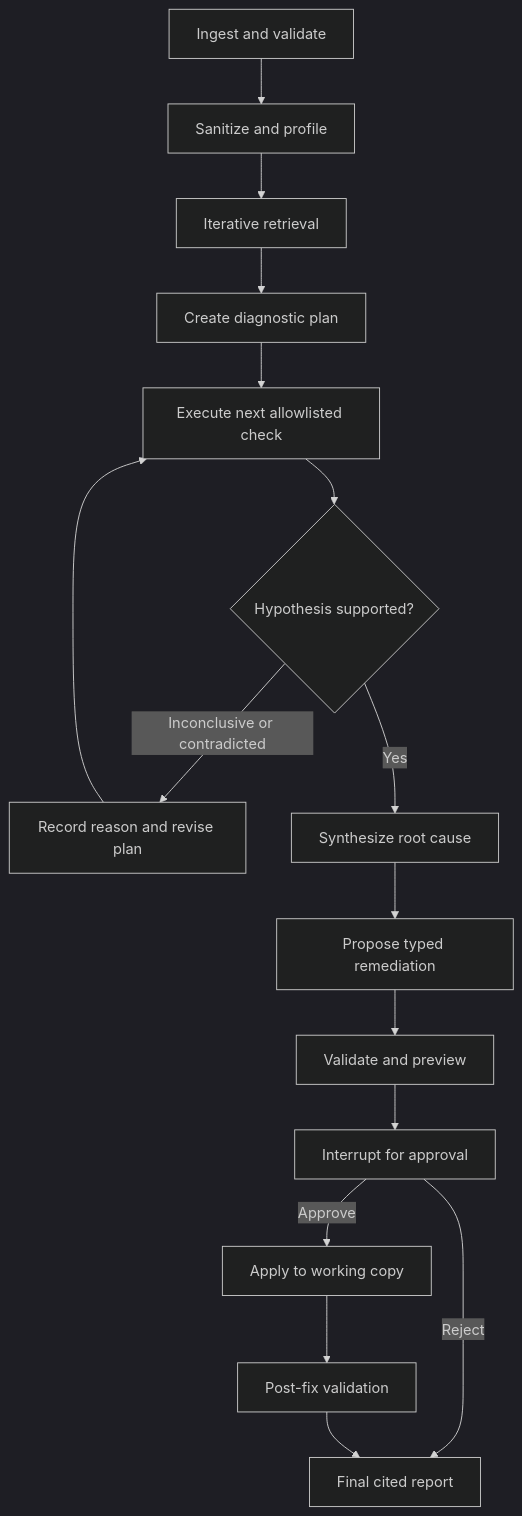
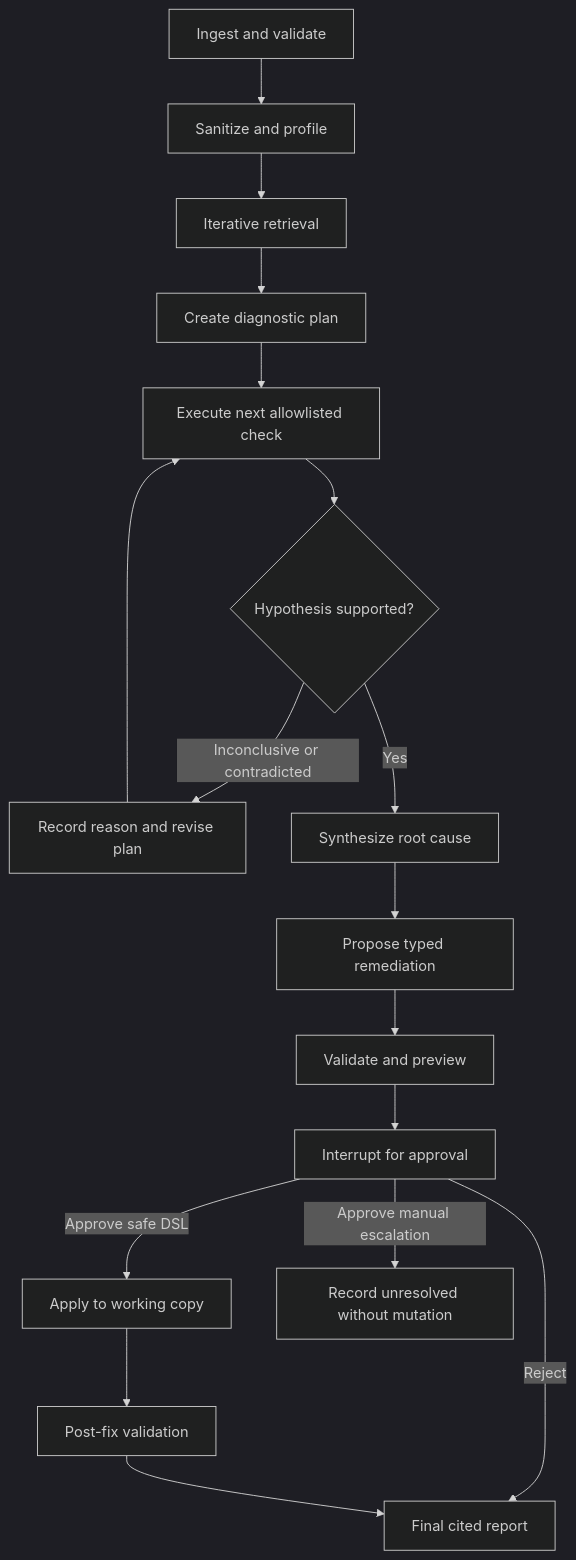
One commit to dan778912/data-incident-investigator changed the second of 2 diagrams in docs/ARCHITECTURE.md. Above: the diagram before and after it, drawn with Mermaid (dark theme). The commit also changed other lines of this file and 153 other files, not shown here.

````diff
--- a/docs/ARCHITECTURE.md
+++ b/docs/ARCHITECTURE.md
@@ -92,18 +92,19 @@
 ```mermaid
 flowchart TD
     A[Ingest and validate] --> B[Sanitize and profile]
     B --> C[Iterative retrieval]
     C --> D[Create diagnostic plan]
     D --> E[Execute next allowlisted check]
     E --> F{Hypothesis supported?}
     F -->|Inconclusive or contradicted| G[Record reason and revise plan]
     G --> E
     F -->|Yes| H[Synthesize root cause]
     H --> I[Propose typed remediation]
     I --> J[Validate and preview]
     J --> K[Interrupt for approval]
     K -->|Reject| N[Report without mutation]
-    K -->|Approve| L[Apply to working copy]
+    K -->|Approve safe DSL| L[Apply to working copy]
+    K -->|Approve manual escalation| O[Record unresolved without mutation]
     L --> M[Post-fix validation]
     M --> N[Final cited report]
 ```
````
